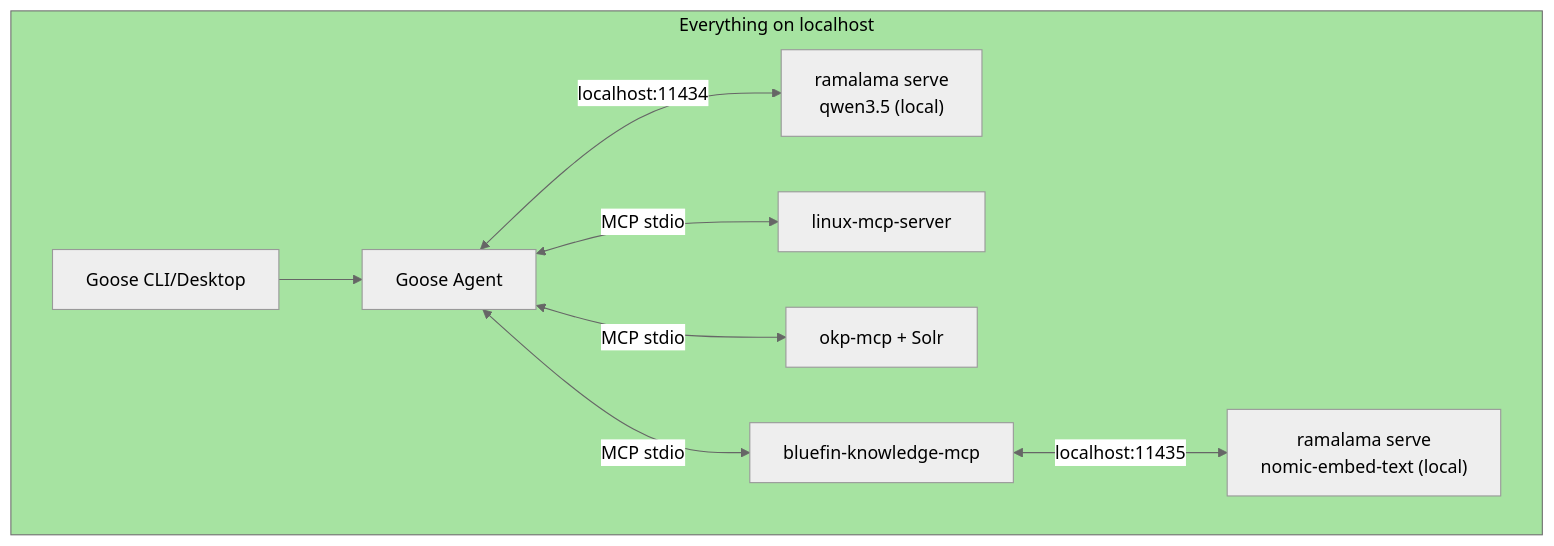
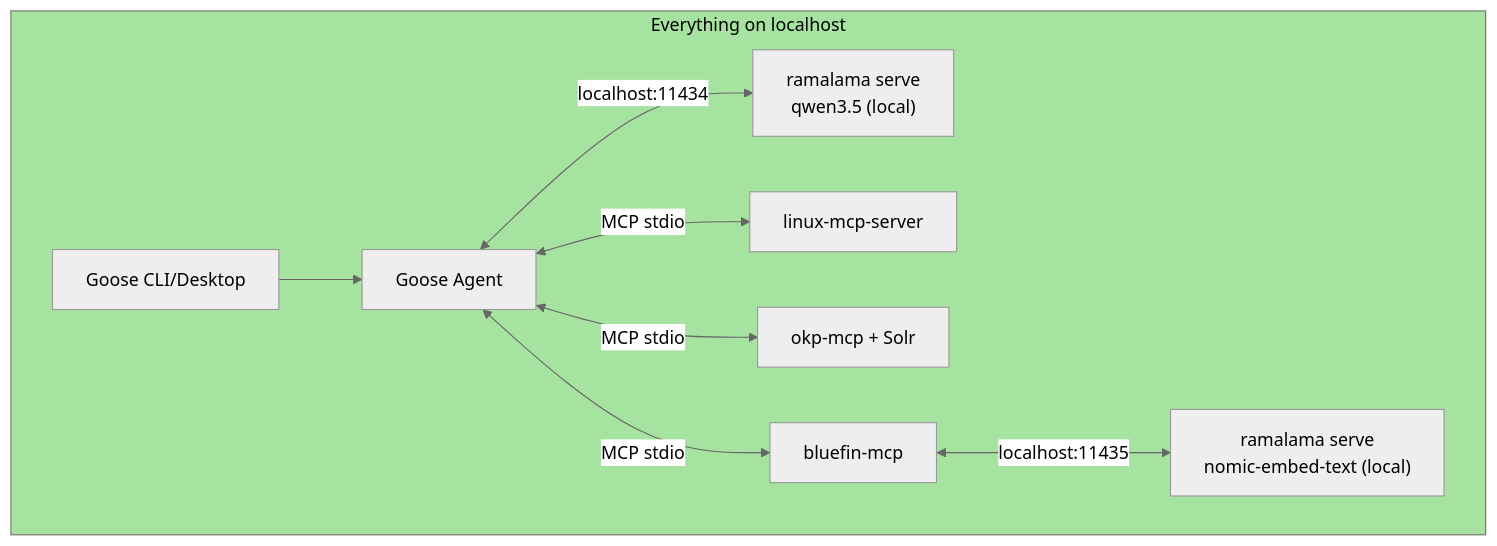
Diagram 13 of 19 in specs/00-bluespeed-specification.md (projectbluefin/common), drawn with Mermaid (neutral theme) before and after one commit. The commit also changed other lines of this file, not shown here.

First line of the commit message:
spec: Integrate bluefin-mcp as first-class component, consolidate knowledge layer (v0.2)

````diff
--- a/specs/00-bluespeed-specification.md
+++ b/specs/00-bluespeed-specification.md
@@ -1707,21 +1778,21 @@
 ```mermaid
 graph TB
     subgraph Local["Everything on localhost"]
         UI["Goose CLI/Desktop"]
         AG["Goose Agent"]
         LLM["ramalama serve<br/>qwen3.5 (local)"]
         EMB["ramalama serve<br/>nomic-embed-text (local)"]
         MCP1["linux-mcp-server"]
         MCP2["okp-mcp + Solr"]
-        MCP3["bluefin-knowledge-mcp"]
+        MCP3["bluefin-mcp"]
     end
 
     UI --> AG
     AG <-->|localhost:11434| LLM
     AG <-->|MCP stdio| MCP1
     AG <-->|MCP stdio| MCP2
     AG <-->|MCP stdio| MCP3
     MCP3 <-->|localhost:11435| EMB
 
     style Local fill:#a6e3a1,color:#000
 ```
````
